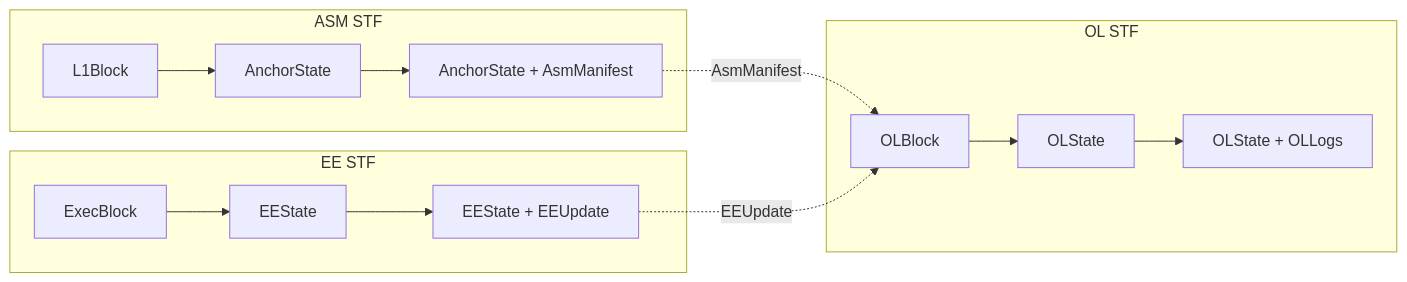
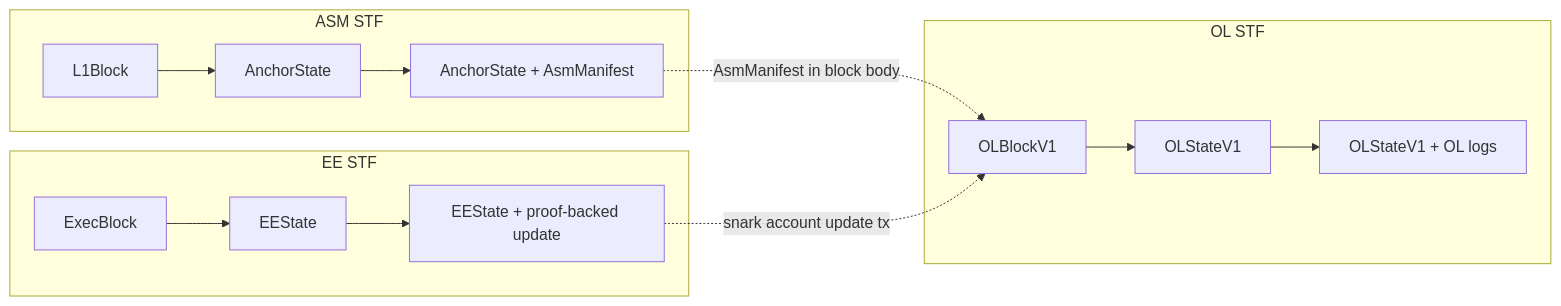
Before and after one commit to alpenlabs/alpen: the diagram in AGENTS.md, drawn with Mermaid. The commit also changed other lines of this file, not shown here.

````diff
--- a/AGENTS.md
+++ b/AGENTS.md
@@ -13,32 +21,32 @@
 ```mermaid
 flowchart LR
     subgraph ASM[ASM STF]
         AnchorState[AnchorState]
         L1Block[L1Block]
         AsmOut[AnchorState + AsmManifest]
     end
 
     subgraph OL[OL STF]
-        OLState[OLState]
-        OLBlock[OLBlock]
-        OLOut[OLState + OLLogs]
+        OLState[OLStateV1]
+        OLBlock[OLBlockV1]
+        OLOut[OLStateV1 + OL logs]
     end
 
     subgraph EE[EE STF]
         EEState[EEState]
         ExecBlock[ExecBlock]
-        EEOut[EEState + EEUpdate]
+        EEOut[EEState + proof-backed update]
     end
 
     L1Block --> AnchorState
     AnchorState --> AsmOut
 
     OLBlock --> OLState
     OLState --> OLOut
 
     ExecBlock --> EEState
     EEState --> EEOut
 
-    AsmOut -.->|AsmManifest| OLBlock
-    EEOut -.->|EEUpdate| OLBlock
+    AsmOut -.->|AsmManifest in block body| OLBlock
+    EEOut -.->|snark account update tx| OLBlock
 ```
````
